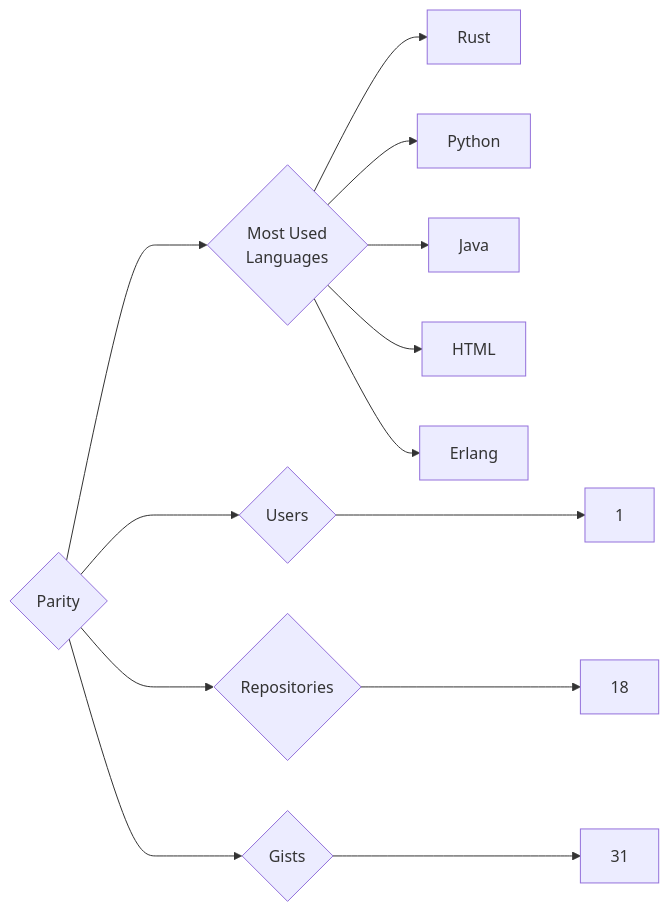
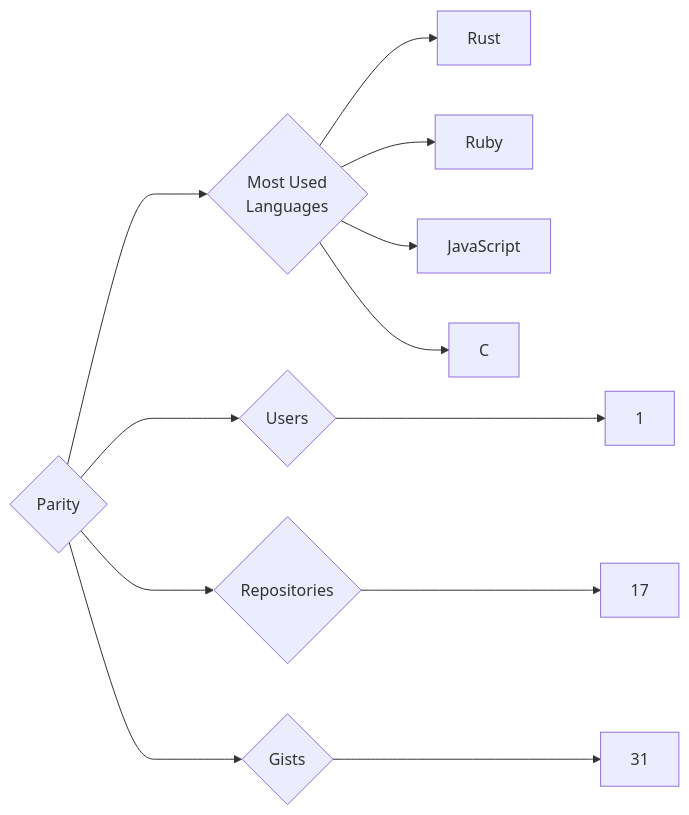
The diagram in targets/Parity/README.md (trickest/insiders), drawn with Mermaid before and after one commit. The commit also changed 823 other files, not shown here.

````diff
--- a/targets/Parity/README.md
+++ b/targets/Parity/README.md
@@ -3,13 +3,12 @@
 ```mermaid
 graph LR
 COMPANY_NAME{Parity}
 COMPANY_NAME ---> U{Users} ---> UN[1]
-COMPANY_NAME ---> R{Repositories} ---> RN[18]
+COMPANY_NAME ---> R{Repositories} ---> RN[17]
 COMPANY_NAME ---> G{Gists} ---> GN[31]
 COMPANY_NAME ---> ML{Most Used<br>Languages}
 ML --> Rust[Rust]
-ML --> Python[Python]
-ML --> Java[Java]
-ML --> HTML[HTML]
-ML --> Erlang[Erlang]
+ML --> Ruby[Ruby]
+ML --> JavaScript[JavaScript]
+ML --> C[C]
 ```
````
